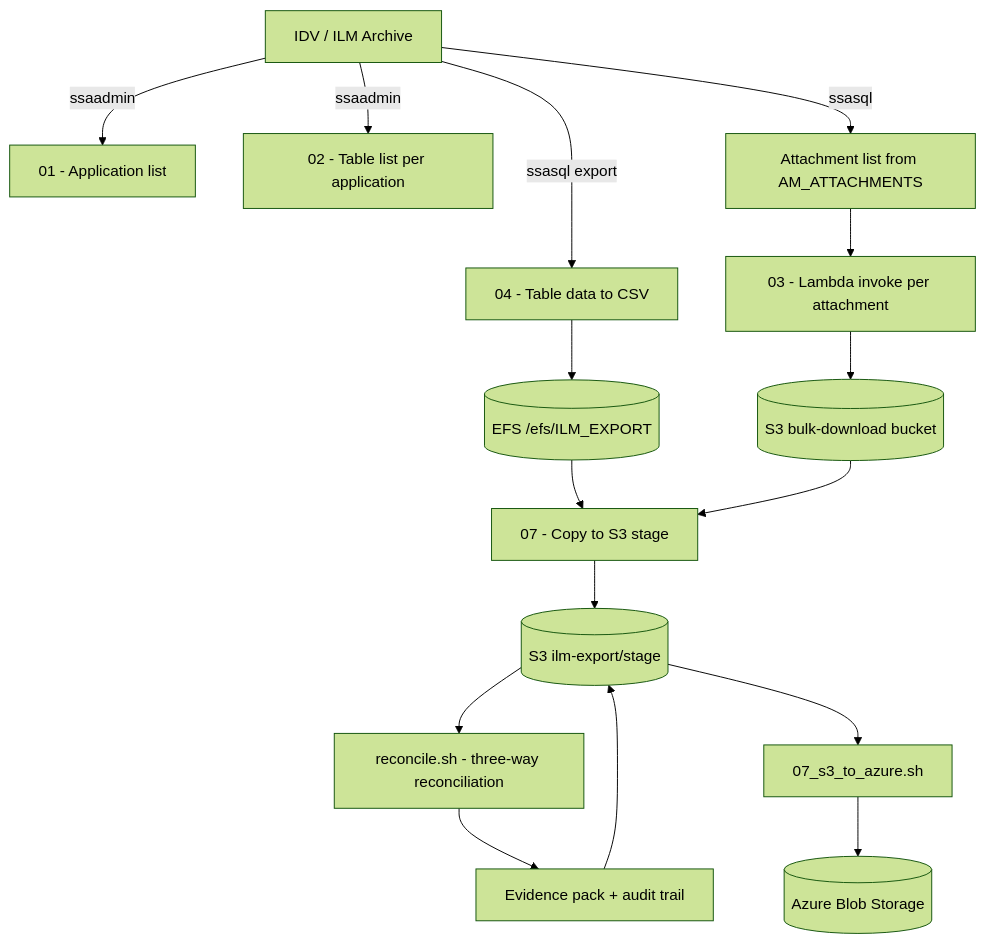
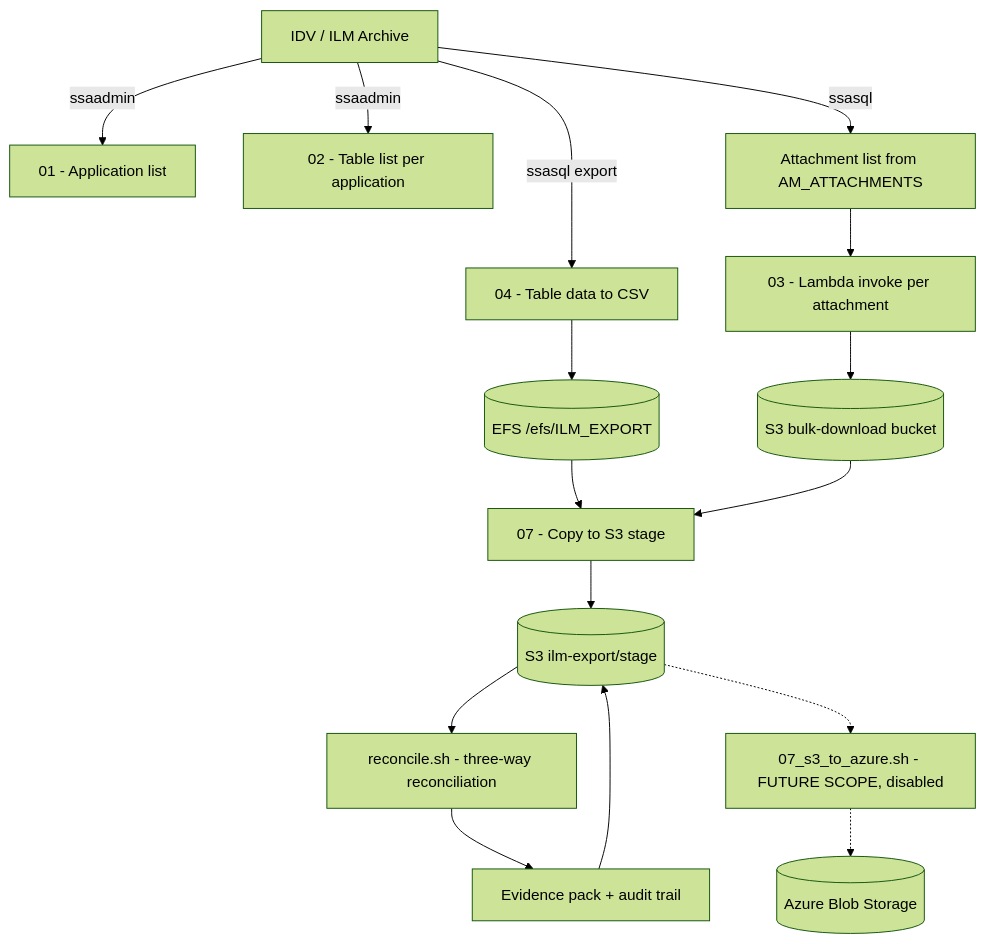
One commit to ucbhanu/ILM_Extraction changed the diagram in README.md. Above: the diagram before and after it, drawn with Mermaid (forest theme). The commit also changed other lines of this file and 3 other files, not shown here.

Commit message:
Mark S3 to Azure transfer as future scope: disable script, comment out Azure config, update README

````diff
--- a/README.md
+++ b/README.md
@@ -33,21 +37,21 @@
 ```mermaid
 flowchart TD
     A[IDV / ILM Archive] -->|ssaadmin| B[01 - Application list]
     A -->|ssaadmin| C[02 - Table list per application]
     A -->|ssasql| D[Attachment list from AM_ATTACHMENTS]
     A -->|ssasql export| E[04 - Table data to CSV]
 
     D --> F[03 - Lambda invoke per attachment]
     F --> G[(S3 bulk-download bucket)]
 
     E --> H[(EFS /efs/ILM_EXPORT)]
     H --> I[07 - Copy to S3 stage]
     G --> I
 
     I --> J[(S3 ilm-export/stage)]
     J --> K[reconcile.sh - three-way reconciliation]
     K --> L[Evidence pack + audit trail]
     L --> J
-    J --> M[07_s3_to_azure.sh]
-    M --> N[(Azure Blob Storage)]
+    J -.-> M[07_s3_to_azure.sh - FUTURE SCOPE, disabled]
+    M -.-> N[(Azure Blob Storage)]
 ```
````
